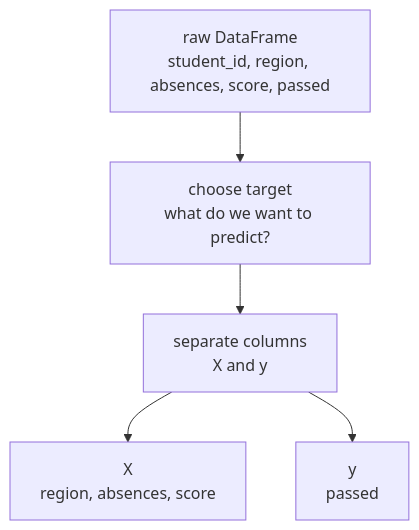
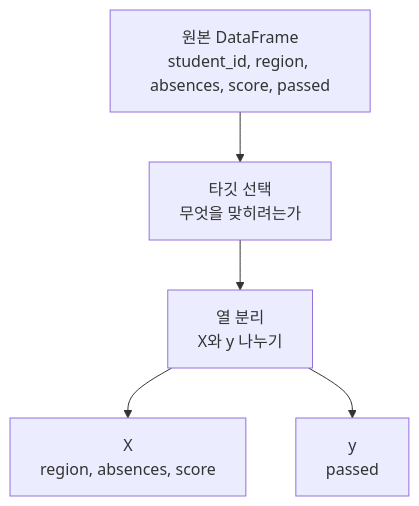
The first of 3 diagrams in docs/parts/part-02/chapter-12/section-03.md (devchan64/AiBook), drawn with Mermaid before and after one commit. The commit also changed other lines of this file and 17 other files, not shown here.

Commit message:
docs: localize more part 2 mermaid diagrams

````diff
--- a/docs/parts/part-02/chapter-12/section-03.md
+++ b/docs/parts/part-02/chapter-12/section-03.md
@@ -137,12 +137,12 @@
 ```mermaid
 flowchart TD
-    raw["raw DataFrame<br/>student_id, region, absences, score, passed"]
-    choose["choose target<br/>what do we want to predict?"]
-    split["separate columns<br/>X and y"]
+    raw["원본 DataFrame<br/>student_id, region, absences, score, passed"]
+    choose["타깃 선택<br/>무엇을 맞히려는가"]
+    split["열 분리<br/>X와 y 나누기"]
     x["X<br/>region, absences, score"]
     y["y<br/>passed"]
 
     raw --> choose --> split
     split --> x
     split --> y
 ```
````
